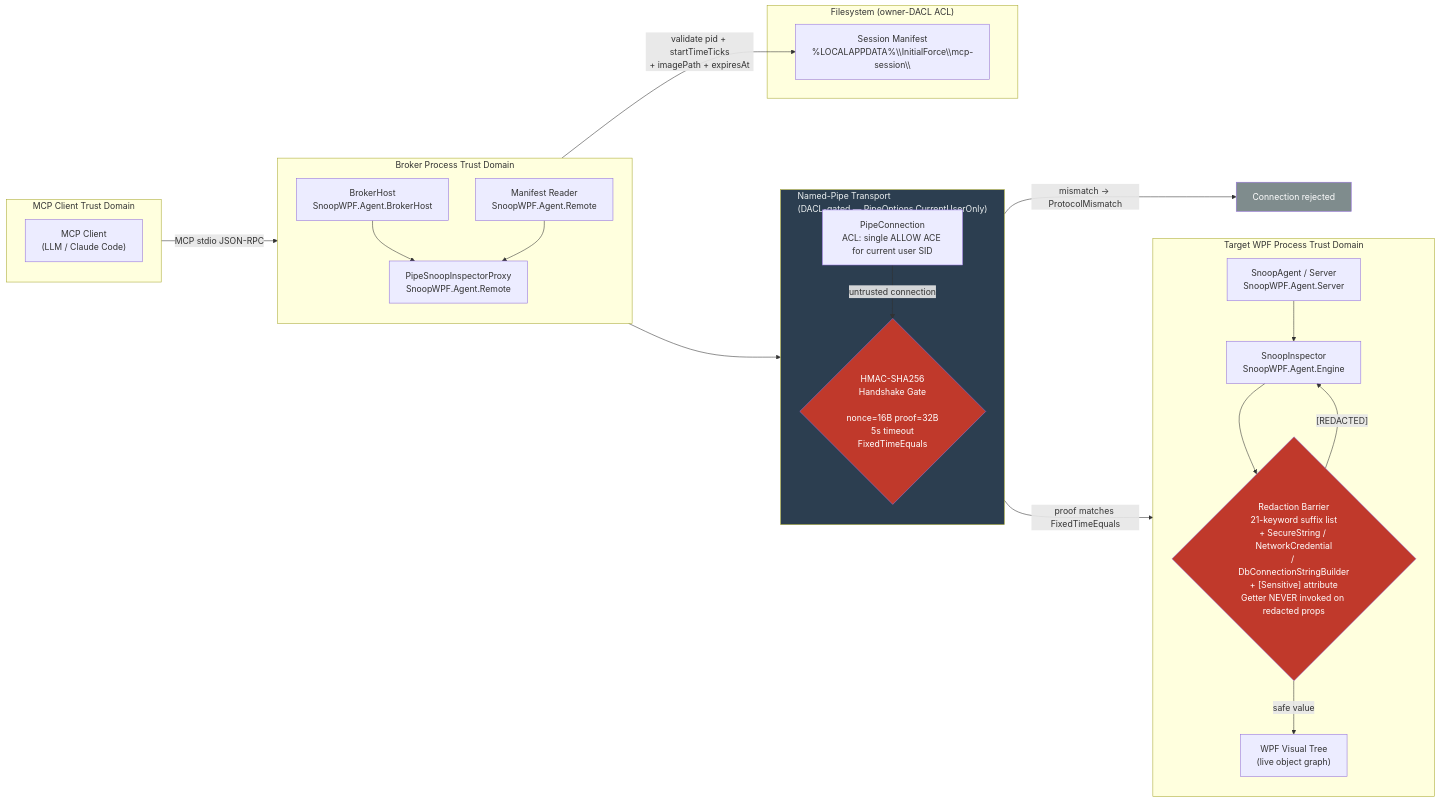
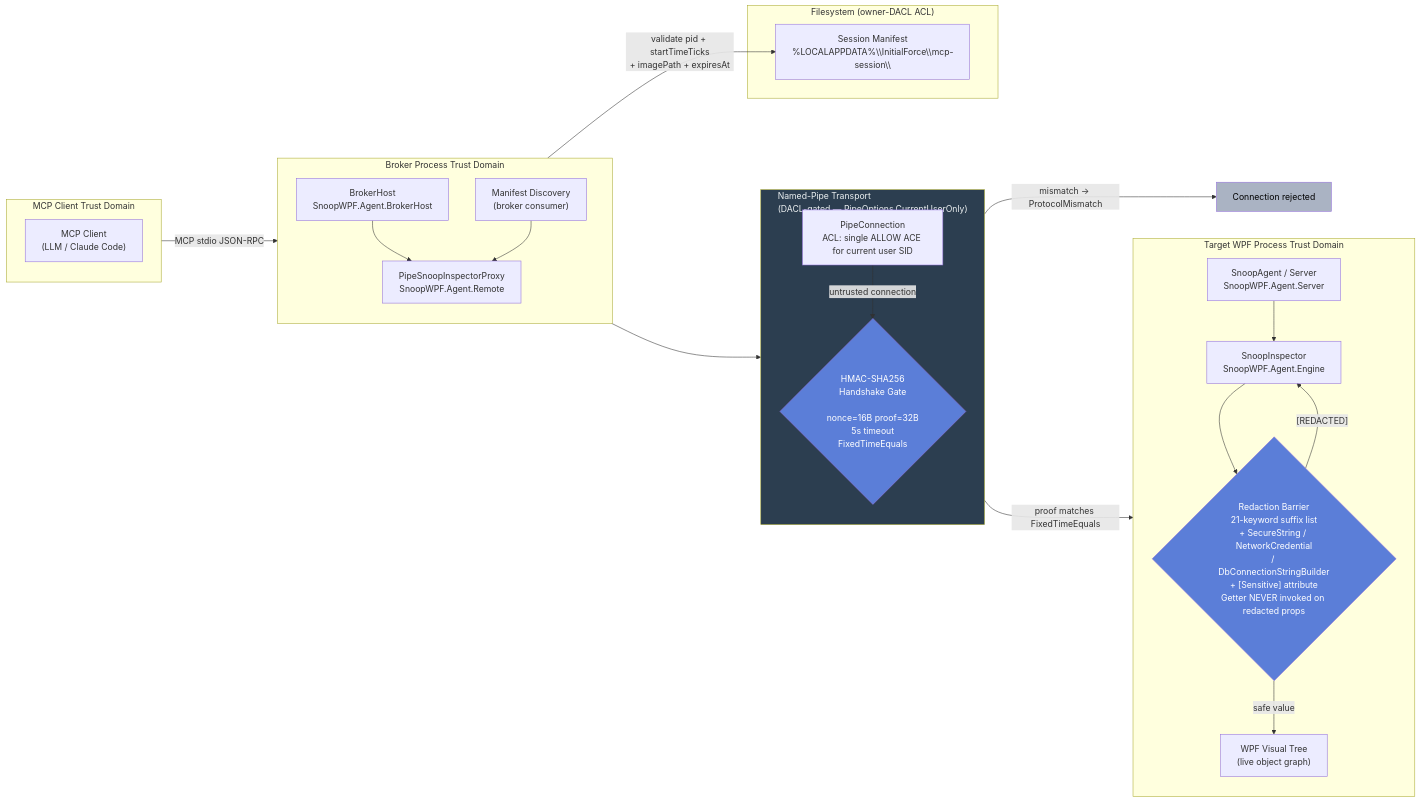
One commit to InitialForce/snoopwpf changed the second of 7 diagrams in docs/architecture.md. Above: the diagram before and after it, drawn with Mermaid. The commit also changed other lines of this file, not shown here.

````diff
--- a/docs/architecture.md
+++ b/docs/architecture.md
@@ -89,53 +84,53 @@
 ```mermaid
 flowchart LR
     subgraph TD_MCP ["MCP Client Trust Domain"]
         direction TB
         A["MCP Client\n(LLM / Claude Code)"]
     end
 
     subgraph TD_Broker ["Broker Process Trust Domain"]
         direction TB
         B["BrokerHost\nSnoopWPF.Agent.BrokerHost"]
         C["PipeSnoopInspectorProxy\nSnoopWPF.Agent.Remote"]
-        D["Manifest Reader\nSnoopWPF.Agent.Remote"]
+        D["Manifest Discovery\n(broker consumer)"]
     end
 
     subgraph TD_Pipe ["Named-Pipe Transport\n(DACL-gated — PipeOptions.CurrentUserOnly)"]
         direction TB
         E["PipeConnection\nACL: single ALLOW ACE for current user SID"]
         F{"HMAC-SHA256\nHandshake Gate\n\nnonce=16B  proof=32B\n5s timeout\nFixedTimeEquals"}
     end
 
     subgraph TD_Target ["Target WPF Process Trust Domain"]
         direction TB
         G["SnoopAgent / Server\nSnoopWPF.Agent.Server"]
         H["SnoopInspector\nSnoopWPF.Agent.Engine"]
         I{"Redaction Barrier\n21-keyword suffix list\n+ SecureString / NetworkCredential\n/ DbConnectionStringBuilder\n+ [Sensitive] attribute\nGetter NEVER invoked on redacted props"}
         J["WPF Visual Tree\n(live object graph)"]
     end
 
     subgraph TD_FS ["Filesystem (owner-DACL ACL)"]
         K["Session Manifest\n%LOCALAPPDATA%\\InitialForce\\mcp-session\\"]
     end
 
     A -- "MCP stdio JSON-RPC" --> B
     B --> C
     C --> E
 
     D -- "validate pid + startTimeTicks\n+ imagePath + expiresAt" --> K
     D --> C
 
     E -- "untrusted connection" --> F
     F -- "proof matches FixedTimeEquals" --> G
     F -- "mismatch → ProtocolMismatch" --> X1["Connection rejected"]
 
     G --> H
     H --> I
     I -- "safe value" --> J
     I -- "[REDACTED]" --> H
 
-    style F fill:#c0392b,color:#fff
-    style I fill:#c0392b,color:#fff
-    style X1 fill:#7f8c8d,color:#fff
+    style F fill:#5b7ed8,color:#fff
+    style I fill:#5b7ed8,color:#fff
+    style X1 fill:#aab3c3,color:#000
     style TD_Pipe fill:#2c3e50,color:#ecf0f1
 ```
````
